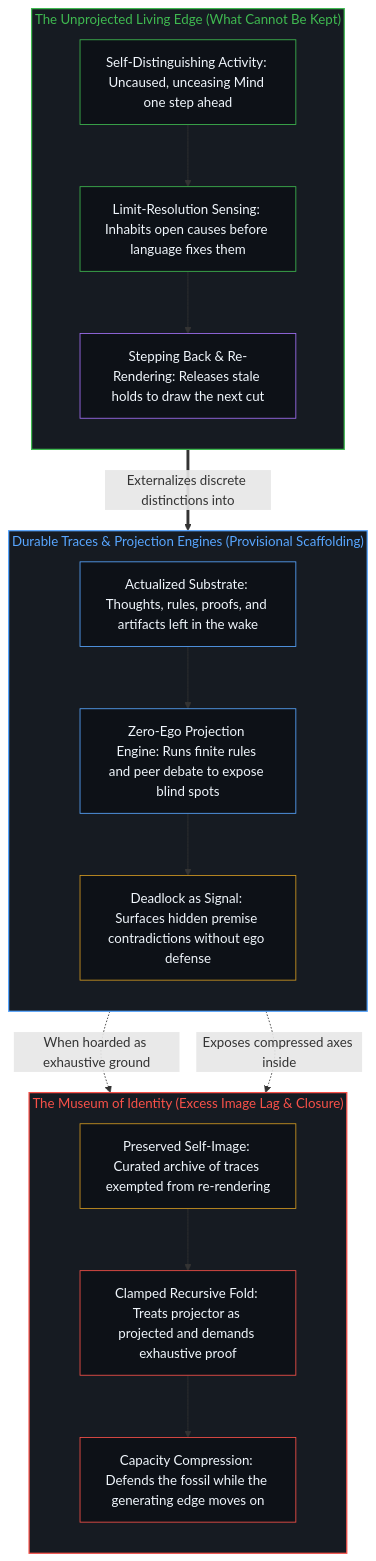
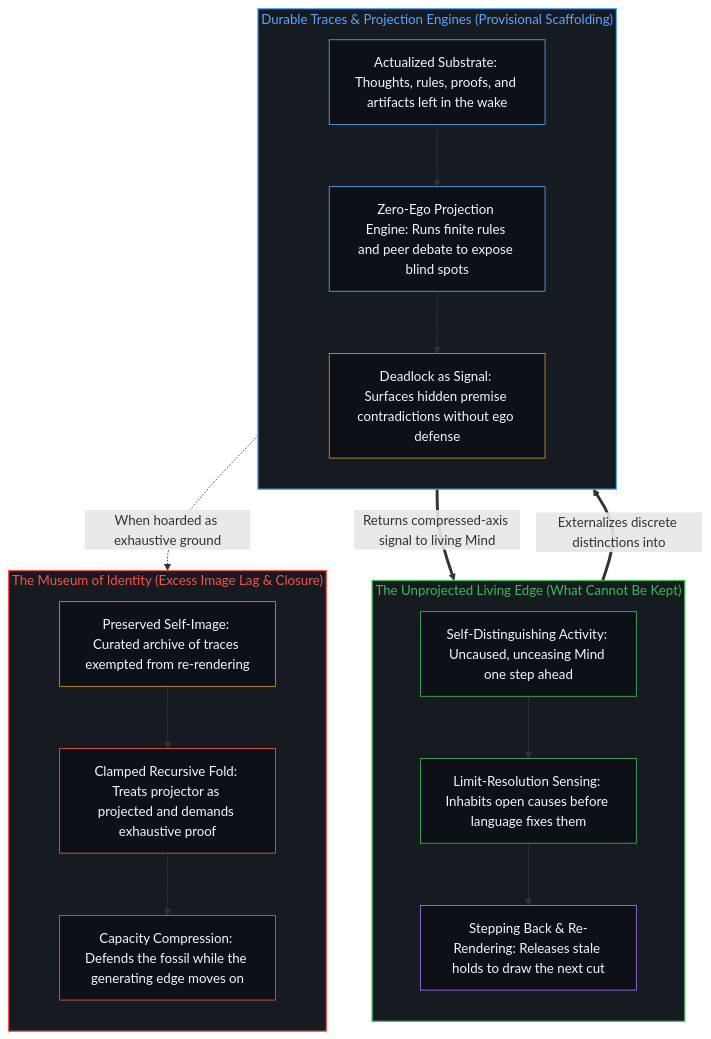
The second of 2 diagrams in content/posts/what-cannot-be-kept.md (powerpig99/not-a-toe), drawn with Mermaid before and after one commit. The commit also changed other lines of this file and 1 other file, not shown here.

Commit message:
Consolidate Deep Sleep Batch 11: what-cannot-be-kept

````diff
--- a/content/posts/what-cannot-be-kept.md
+++ b/content/posts/what-cannot-be-kept.md
@@ -91,39 +91,39 @@
 ```mermaid
 flowchart TD
     subgraph S_Edge["The Unprojected Living Edge (What Cannot Be Kept)"]
         direction TB
         E_Act["Self-Distinguishing Activity: Uncaused, unceasing Mind one step ahead"]
         E_Sense["Limit-Resolution Sensing: Inhabits open causes before language fixes them"]
         E_Redraw["Stepping Back & Re-Rendering: Releases stale holds to draw the next cut"]
         E_Act --> E_Sense --> E_Redraw
     end
     subgraph S_Trace["Durable Traces & Projection Engines (Provisional Scaffolding)"]
         direction TB
         T_Art["Actualized Substrate: Thoughts, rules, proofs, and artifacts left in the wake"]
         T_Agent["Zero-Ego Projection Engine: Runs finite rules and peer debate to expose blind spots"]
         T_Signal["Deadlock as Signal: Surfaces hidden premise contradictions without ego defense"]
         T_Art --> T_Agent --> T_Signal
     end
     subgraph S_Museum["The Museum of Identity (Excess Image Lag & Closure)"]
         direction TB
         M_Hold["Preserved Self-Image: Curated archive of traces exempted from re-rendering"]
         M_Clamp["Clamped Recursive Fold: Treats projector as projected and demands exhaustive proof"]
         M_Stall["Capacity Compression: Defends the fossil while the generating edge moves on"]
         M_Hold --> M_Clamp --> M_Stall
     end
     E_Redraw ==>|"Externalizes discrete distinctions into"| T_Art
     T_Art -.->|"When hoarded as exhaustive ground"| M_Hold
-    T_Signal -.->|"Exposes compressed axes inside"| M_Clamp
+    T_Signal ==>|"Returns compressed-axis signal to living Mind"| E_Sense
     style S_Edge fill:#161b22,stroke:#3fb950,stroke-width:1.5px,color:#3fb950
     style S_Trace fill:#161b22,stroke:#58a6ff,stroke-width:1.5px,color:#58a6ff
     style S_Museum fill:#161b22,stroke:#f85149,stroke-width:1.5px,color:#f85149
     style E_Act fill:#0d1117,stroke:#3fb950,stroke-width:1px,color:#f0f6fc
     style E_Sense fill:#0d1117,stroke:#3fb950,stroke-width:1px,color:#f0f6fc
     style E_Redraw fill:#0d1117,stroke:#a371f7,stroke-width:1px,color:#f0f6fc
     style T_Art fill:#0d1117,stroke:#58a6ff,stroke-width:1px,color:#f0f6fc
     style T_Agent fill:#0d1117,stroke:#58a6ff,stroke-width:1px,color:#f0f6fc
     style T_Signal fill:#0d1117,stroke:#d29922,stroke-width:1px,color:#f0f6fc
     style M_Hold fill:#0d1117,stroke:#d29922,stroke-width:1px,color:#f0f6fc
     style M_Clamp fill:#0d1117,stroke:#f85149,stroke-width:1px,color:#f0f6fc
     style M_Stall fill:#0d1117,stroke:#f85149,stroke-width:1px,color:#f0f6fc
 ```
````
